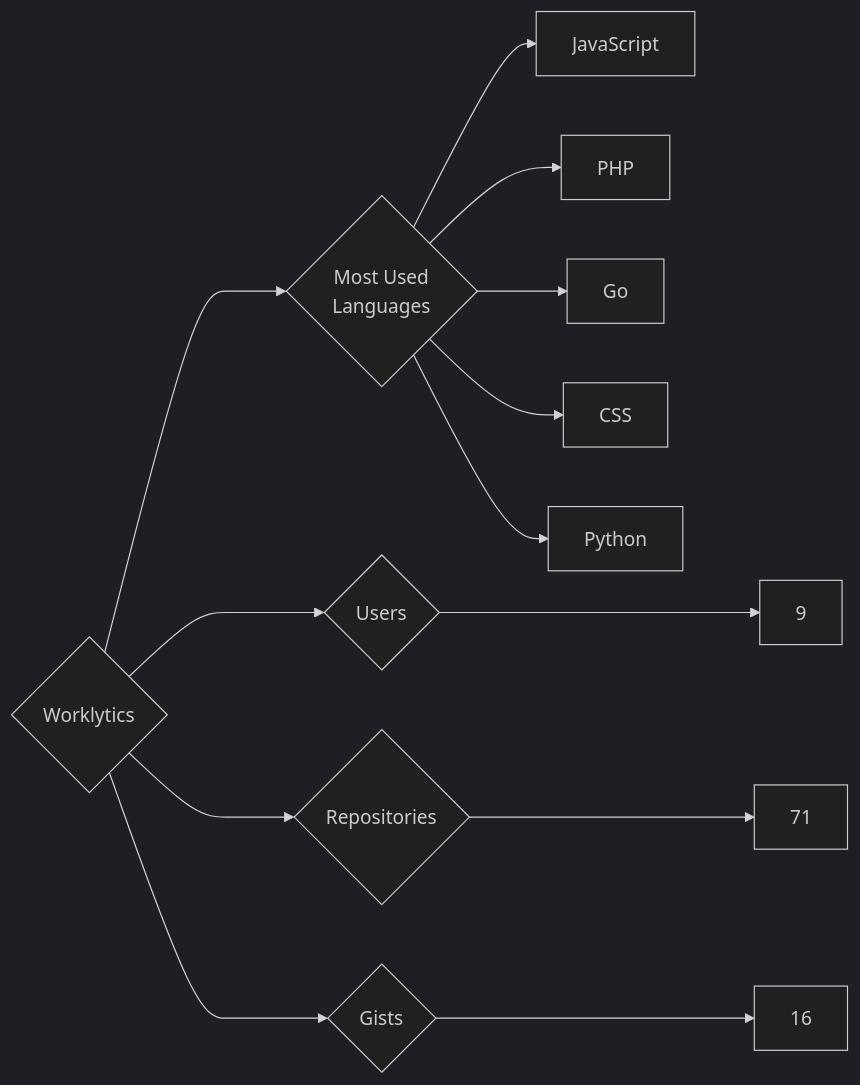
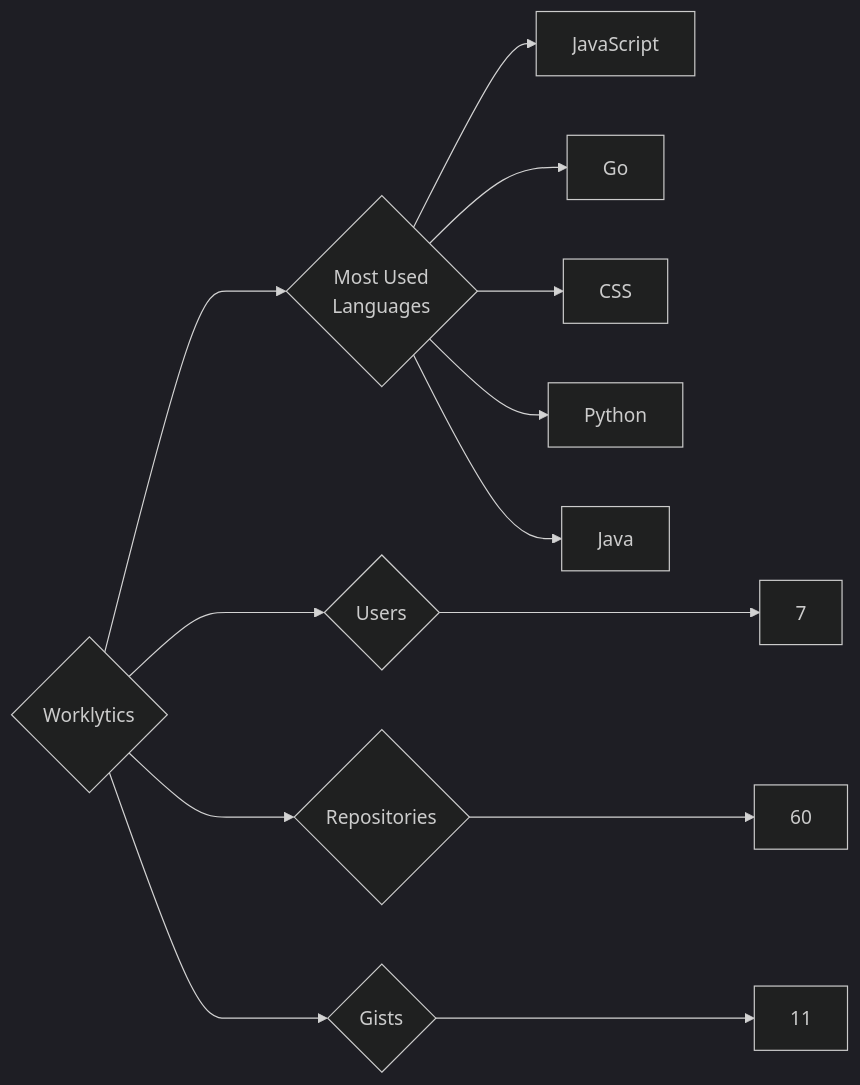
Before and after one commit to trickest/insiders: the diagram in targets/Worklytics/README.md, drawn with Mermaid (dark theme). The commit also changed 1484 other files, not shown here.

````diff
--- a/targets/Worklytics/README.md
+++ b/targets/Worklytics/README.md
@@ -3,13 +3,13 @@
 ```mermaid
 graph LR
 COMPANY_NAME{Worklytics}
-COMPANY_NAME ---> U{Users} ---> UN[9]
-COMPANY_NAME ---> R{Repositories} ---> RN[71]
-COMPANY_NAME ---> G{Gists} ---> GN[16]
+COMPANY_NAME ---> U{Users} ---> UN[7]
+COMPANY_NAME ---> R{Repositories} ---> RN[60]
+COMPANY_NAME ---> G{Gists} ---> GN[11]
 COMPANY_NAME ---> ML{Most Used<br>Languages}
 ML --> JavaScript[JavaScript]
-ML --> PHP[PHP]
 ML --> Go[Go]
 ML --> CSS[CSS]
 ML --> Python[Python]
+ML --> Java[Java]
 ```
````
